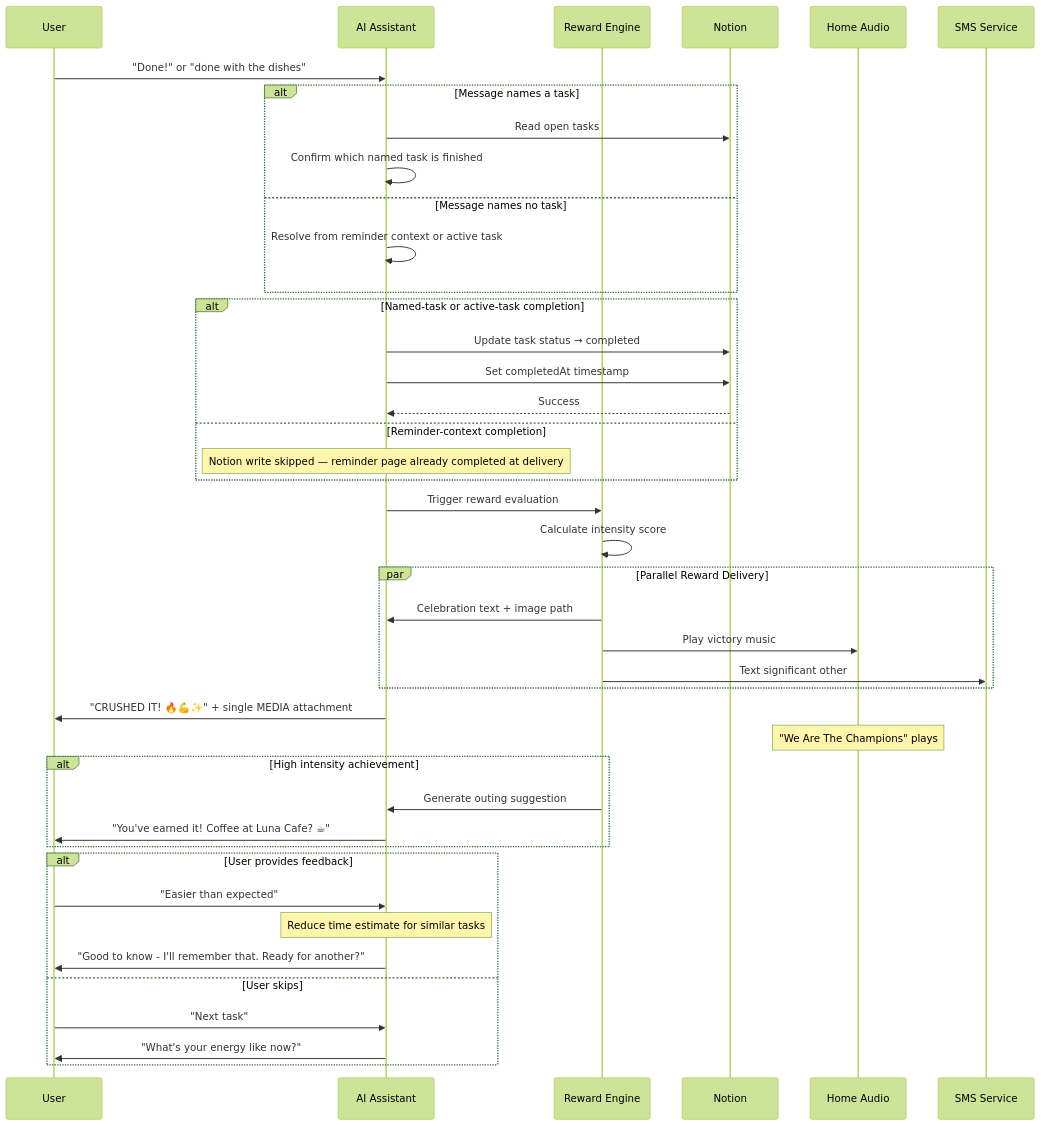
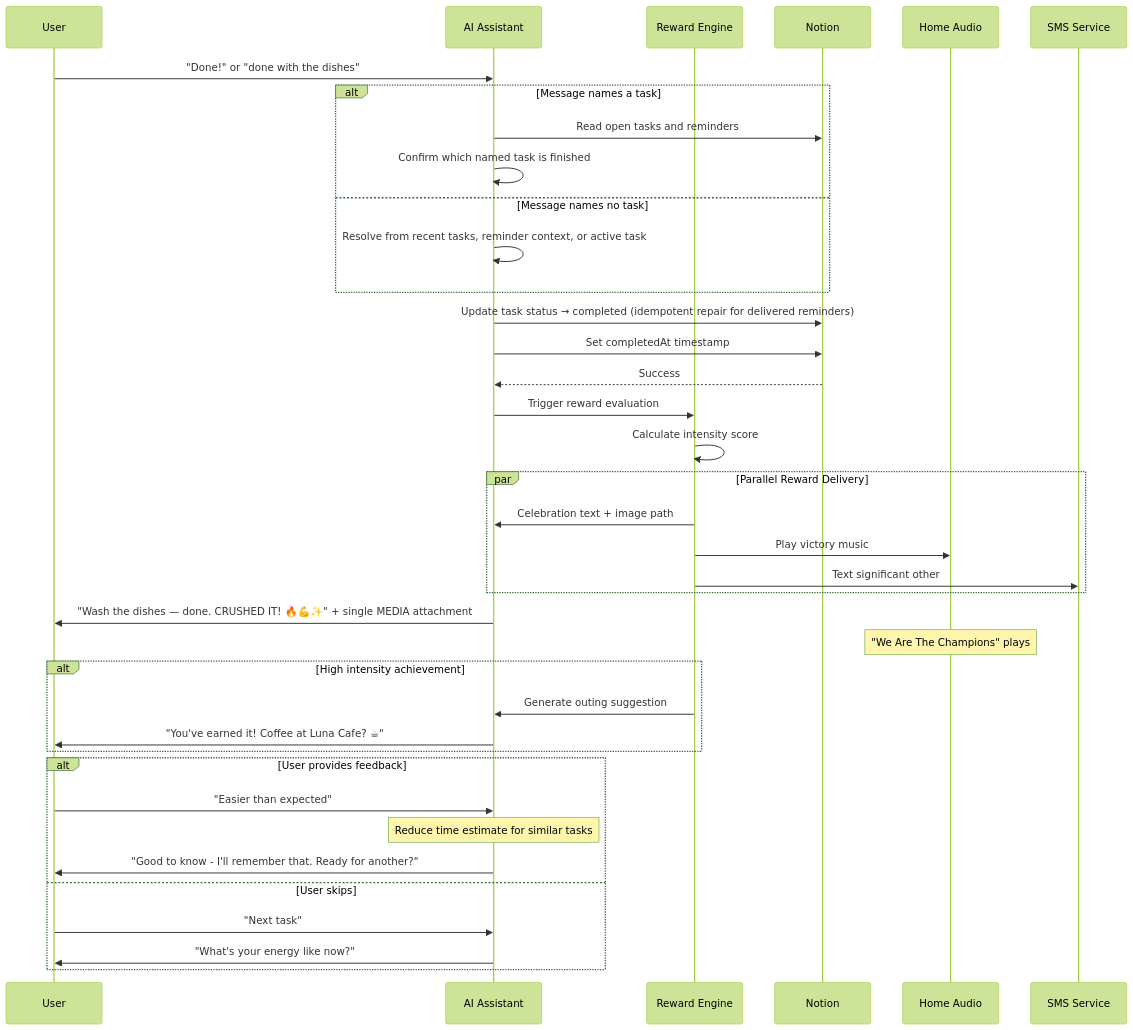
Before and after one commit to NickBorgersProbably/hide-my-list: the eighth of 28 diagrams in docs/user-interactions.md, drawn with Mermaid (forest theme). The commit also changed other lines of this file and 45 other files, not shown here.

First line of the commit message:
COMPLETE: completable reminders, ledger anchor, named celebrations, durable nudges (#676)

````diff
--- a/docs/user-interactions.md
+++ b/docs/user-interactions.md
@@ -295,53 +308,49 @@
 ```mermaid
 sequenceDiagram
     participant U as User
     participant AI as AI Assistant
     participant R as Reward Engine
     participant N as Notion
     participant HA as Home Audio
     participant SMS as SMS Service
 
     U->>AI: "Done!" or "done with the dishes"
 
     alt Message names a task
-        AI->>N: Read open tasks
+        AI->>N: Read open tasks and reminders
         AI->>AI: Confirm which named task is finished
     else Message names no task
-        AI->>AI: Resolve from reminder context or active task
+        AI->>AI: Resolve from recent tasks, reminder context, or active task
     end
 
-    alt Named-task or active-task completion
-        AI->>N: Update task status → completed
-        AI->>N: Set completedAt timestamp
-        N-->>AI: Success
-    else Reminder-context completion
-        Note over AI: Notion write skipped — reminder page already completed at delivery
-    end
+    AI->>N: Update task status → completed (idempotent repair for delivered reminders)
+    AI->>N: Set completedAt timestamp
+    N-->>AI: Success
 
     AI->>R: Trigger reward evaluation
     R->>R: Calculate intensity score
 
     par Parallel Reward Delivery
         R->>AI: Celebration text + image path
         R->>HA: Play victory music
         R->>SMS: Text significant other
     end
 
-    AI->>U: "CRUSHED IT! 🔥💪✨" + single MEDIA attachment
+    AI->>U: "Wash the dishes — done. CRUSHED IT! 🔥💪✨" + single MEDIA attachment
 
     Note over HA: "We Are The Champions" plays
 
     alt High intensity achievement
         R->>AI: Generate outing suggestion
         AI->>U: "You've earned it! Coffee at Luna Cafe? ☕"
     end
 
     alt User provides feedback
         U->>AI: "Easier than expected"
         Note over AI: Reduce time estimate for similar tasks
         AI->>U: "Good to know - I'll remember that. Ready for another?"
     else User skips
         U->>AI: "Next task"
         AI->>U: "What's your energy like now?"
     end
 ```
````
